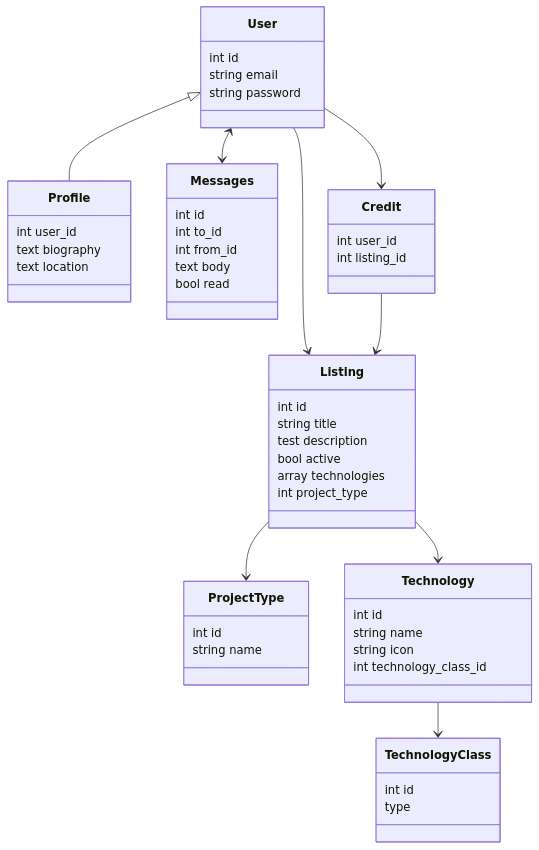
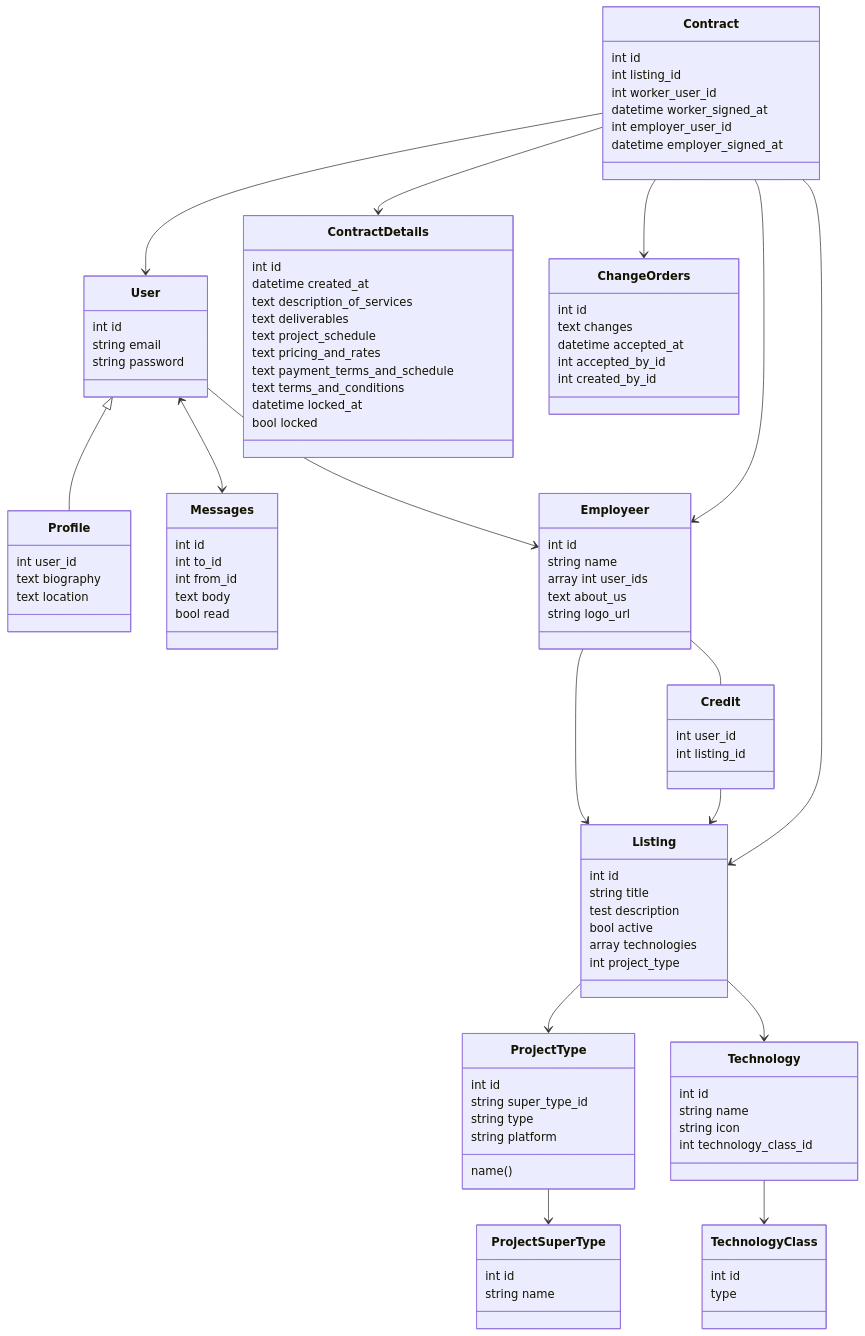
One commit to bobfirestone/techgigs.app changed the fourth of 4 diagrams in README.md. Above: the diagram before and after it, drawn with Mermaid. The commit also changed other lines of this file, not shown here.

```diff
--- a/README.md
+++ b/README.md
@@ -7,17 +36,31 @@
 
 User <|-- Profile
 User <--> Messages
-User --> Credit
-User --> Listing
+
+User --> Employeer
+Employeer --> Listing
+Employeer -- Credit
 Credit --> Listing
+Contract --> Listing
+Contract --> Employeer
+Contract --> User
+Contract --> ContractDetails
+Contract --> ChangeOrders
 
 Listing --> ProjectType
 Listing --> Technology
+ProjectType --> ProjectSuperType
 Technology --> TechnologyClass
 
 User : int id
 User : string email
 User : string password
+
+Employeer: int id
+Employeer: string name
+Employeer: array int user_ids
+Employeer: text about_us
+Employeer: string logo_url
 
 Profile : int user_id
 Profile : text biography
@@ -39,8 +82,39 @@
 Listing : array technologies
 Listing : int project_type
 
+Contract : int id
+Contract : int listing_id
+Contract : int worker_user_id
+Contract : datetime worker_signed_at
+Contract : int employer_user_id
+Contract : datetime employer_signed_at
+
+ContractDetails : int id
+ContractDetails : datetime created_at
+ContractDetails : text description_of_services
+ContractDetails : text deliverables
+ContractDetails : text project_schedule
+ContractDetails : text pricing_and_rates
+ContractDetails : text payment_terms_and_schedule
+ContractDetails : text terms_and_conditions
+ContractDetails : datetime locked_at
+ContractDetails : bool locked
+
+ChangeOrders : int id
+ChangeOrders : text changes
+ChangeOrders : datetime accepted_at
+ChangeOrders : int accepted_by_id
+ChangeOrders : int created_by_id
+
+
 ProjectType : int id
-ProjectType : string name
+ProjectType : string super_type_id
+ProjectType : string type
+ProjectType : string platform
+ProjectType : name()
+
+ProjectSuperType : int id
+ProjectSuperType : string name
 
 Technology : int id
 Technology : string name
```
